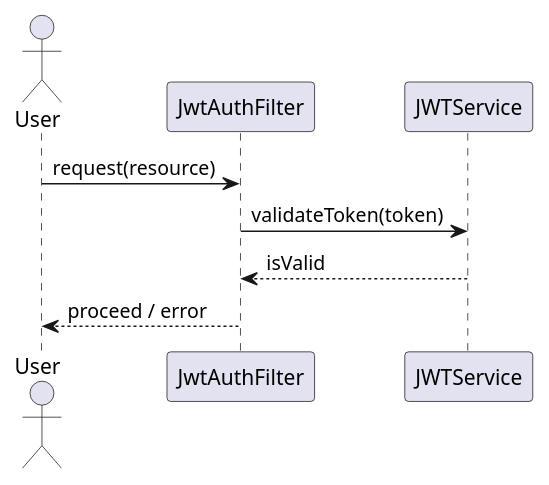
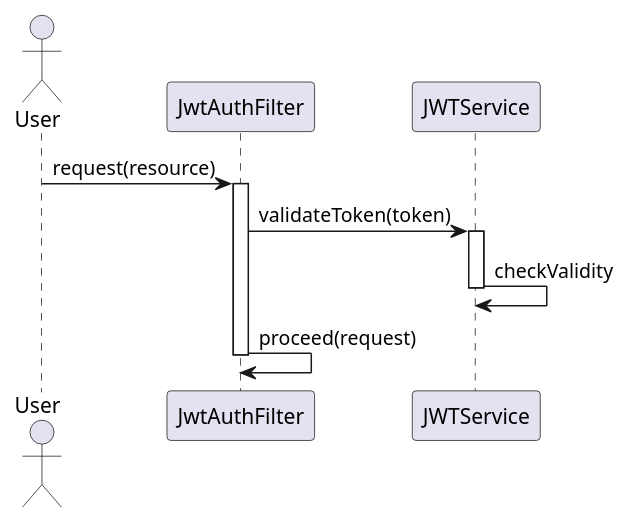
The third of 6 diagrams in identityprovider/documentation/detaileddesign.adoc (Dinesh-s95/AutoDoc.ai), drawn with PlantUML before and after one commit. The commit also changed other lines of this file and 4 other files, not shown here.

````diff
--- a/identityprovider/documentation/detaileddesign.adoc
+++ b/identityprovider/documentation/detaileddesign.adoc
@@ -304,12 +367,19 @@
-```plantuml
+[plantuml, "jwt-validation-sequence", png]
+----
 @startuml
 actor User
 participant JwtAuthFilter
 participant JWTService
 
 User -> JwtAuthFilter : request(resource)
+activate JwtAuthFilter
+
 JwtAuthFilter -> JWTService : validateToken(token)
-JWTService --> JwtAuthFilter : isValid
-JwtAuthFilter --> User : proceed / error
+activate JWTService
+JWTService -> JWTService : checkValidity
+deactivate JWTService
+
+JwtAuthFilter -> JwtAuthFilter : proceed(request)
+deactivate JwtAuthFilter
 @enduml
-```
+----
````
